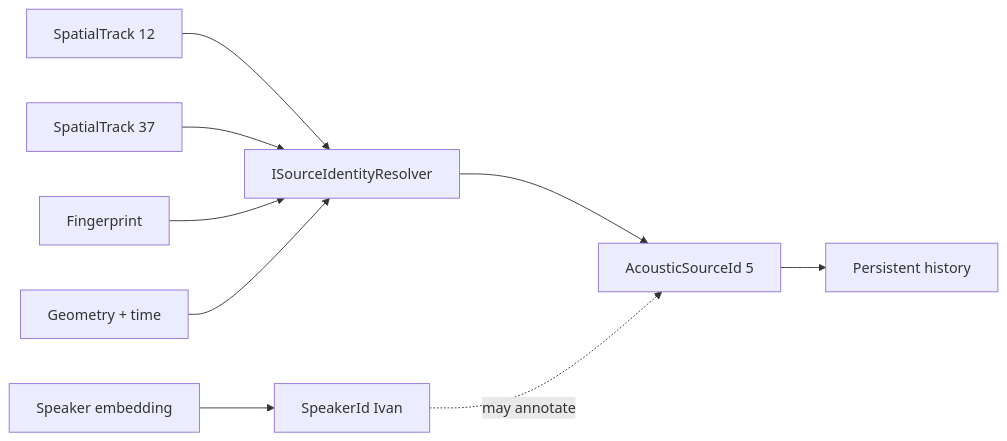
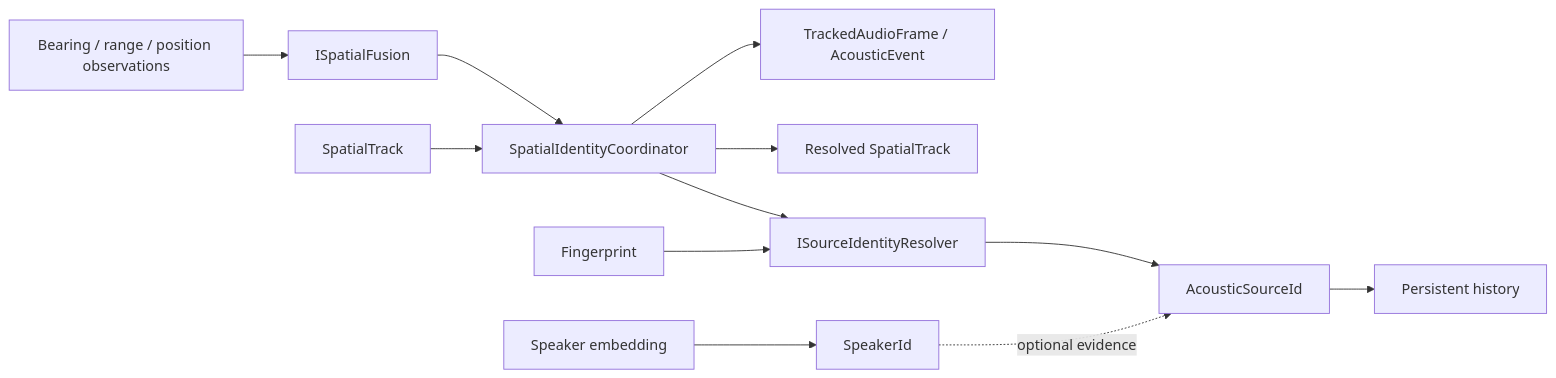
The second of 4 diagrams in docs/architecture.md (ARDev1161/libaudition), drawn with Mermaid before and after one commit. The commit also changed other lines of this file and 10 other files, not shown here.

First line of the commit message:
feat(pipeline): integrate spatial fusion with persistent source identity

````diff
--- a/docs/architecture.md
+++ b/docs/architecture.md
@@ -72,11 +72,14 @@
 ```mermaid
 flowchart LR
-    T1[SpatialTrack 12] --> R[ISourceIdentityResolver]
-    T2[SpatialTrack 37] --> R
-    F1[Fingerprint] --> R
-    G[Geometry + time] --> R
-    R --> S[AcousticSourceId 5]
+    OBS[Bearing / range / position observations] --> F[ISpatialFusion]
+    F --> C[SpatialIdentityCoordinator]
+    T[SpatialTrack] --> C
+    C --> R[ISourceIdentityResolver]
+    FP[Fingerprint] --> R
+    R --> S[AcousticSourceId]
+    C --> T2[Resolved SpatialTrack]
+    C --> A[TrackedAudioFrame / AcousticEvent]
     S --> H[Persistent history]
-    SP[Speaker embedding] --> P[SpeakerId Ivan]
-    P -. may annotate .-> S
+    SP[Speaker embedding] --> P[SpeakerId]
+    P -. optional evidence .-> S
 ```
````
